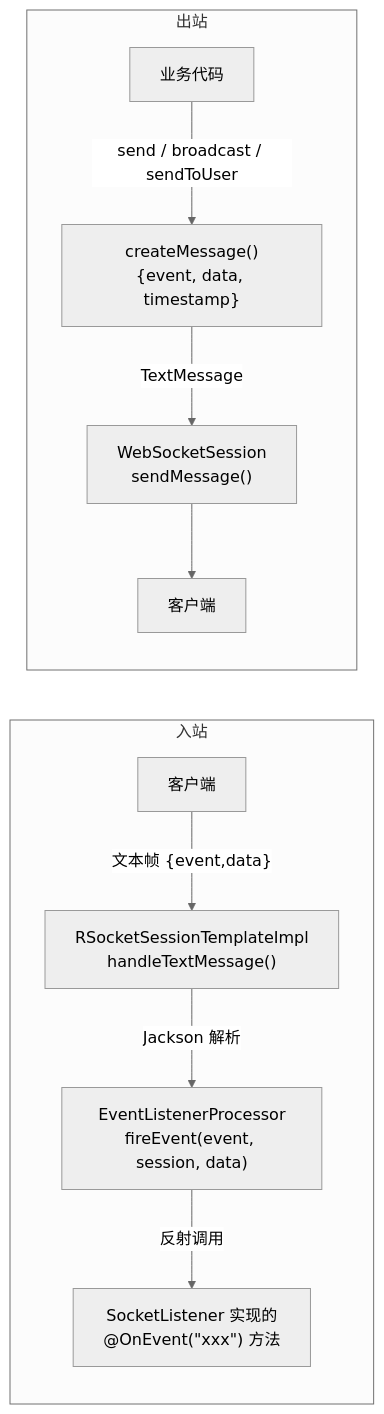
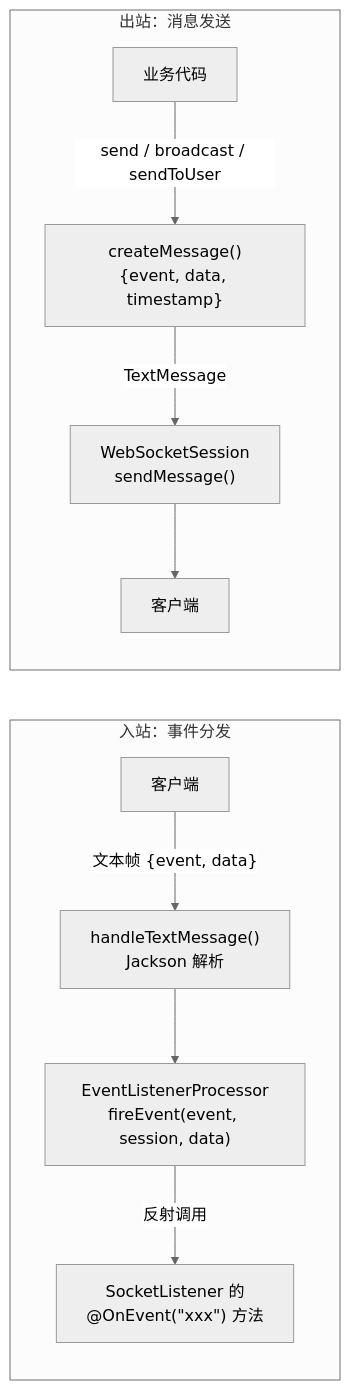
The second of 2 diagrams in spring-support-socket-rsocket-starter/README.md (CHTK001/spring-support-parent-starter), drawn with Mermaid (neutral theme) before and after one commit. The commit also changed other lines of this file and 54 other files, not shown here.

````diff
--- a/spring-support-socket-rsocket-starter/README.md
+++ b/spring-support-socket-rsocket-starter/README.md
@@ -97,13 +50,13 @@
 ```mermaid
 flowchart LR
-    subgraph 入站
-        C1["客户端"] -->|"文本帧 {event,data}"| HTM["RSocketSessionTemplateImpl<br/>handleTextMessage()"]
-        HTM -->|"Jackson 解析"| FIRE["EventListenerProcessor<br/>fireEvent(event, session, data)"]
-        FIRE -->|"反射调用"| OE["SocketListener 实现的<br/>@OnEvent(&quot;xxx&quot;) 方法"]
+    subgraph IN["入站：事件分发"]
+        C1["客户端"] -->|"文本帧 {event, data}"| HTM["handleTextMessage()<br/>Jackson 解析"]
+        HTM --> FIRE["EventListenerProcessor<br/>fireEvent(event, session, data)"]
+        FIRE -->|"反射调用"| OE["SocketListener 的<br/>@OnEvent(&quot;xxx&quot;) 方法"]
     end
-    subgraph 出站
+    subgraph OUT["出站：消息发送"]
         BIZ["业务代码"] -->|"send / broadcast / sendToUser"| CM["createMessage()<br/>{event, data, timestamp}"]
         CM -->|"TextMessage"| WS["WebSocketSession<br/>sendMessage()"]
         WS --> C2["客户端"]
     end
 ```
````
